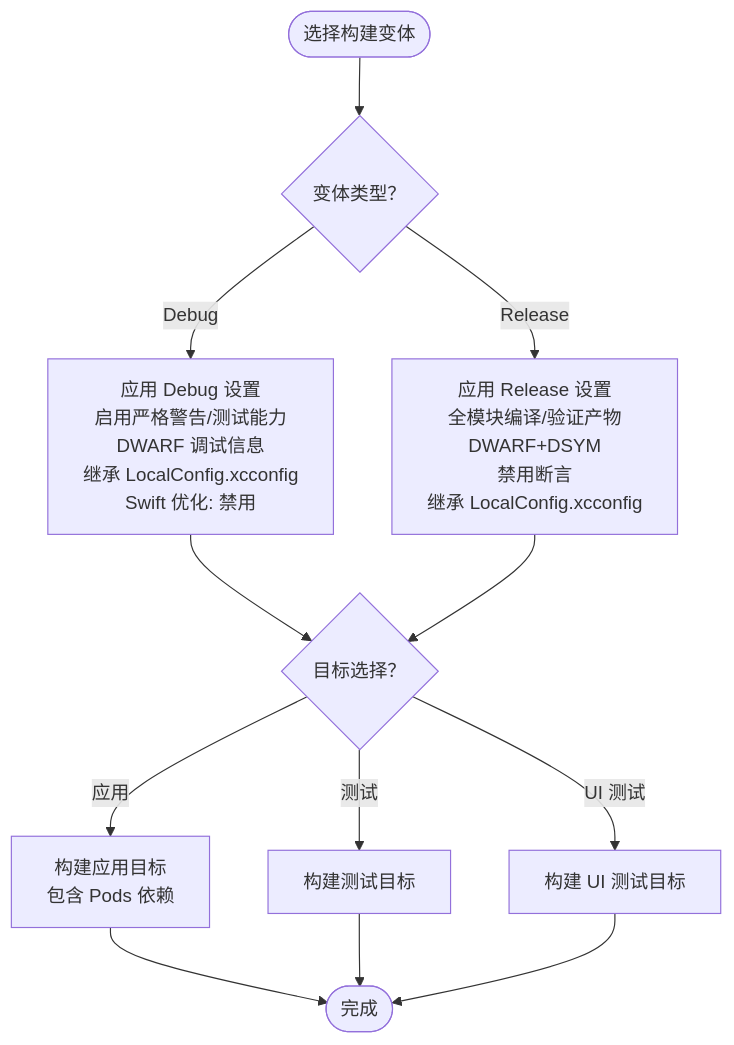
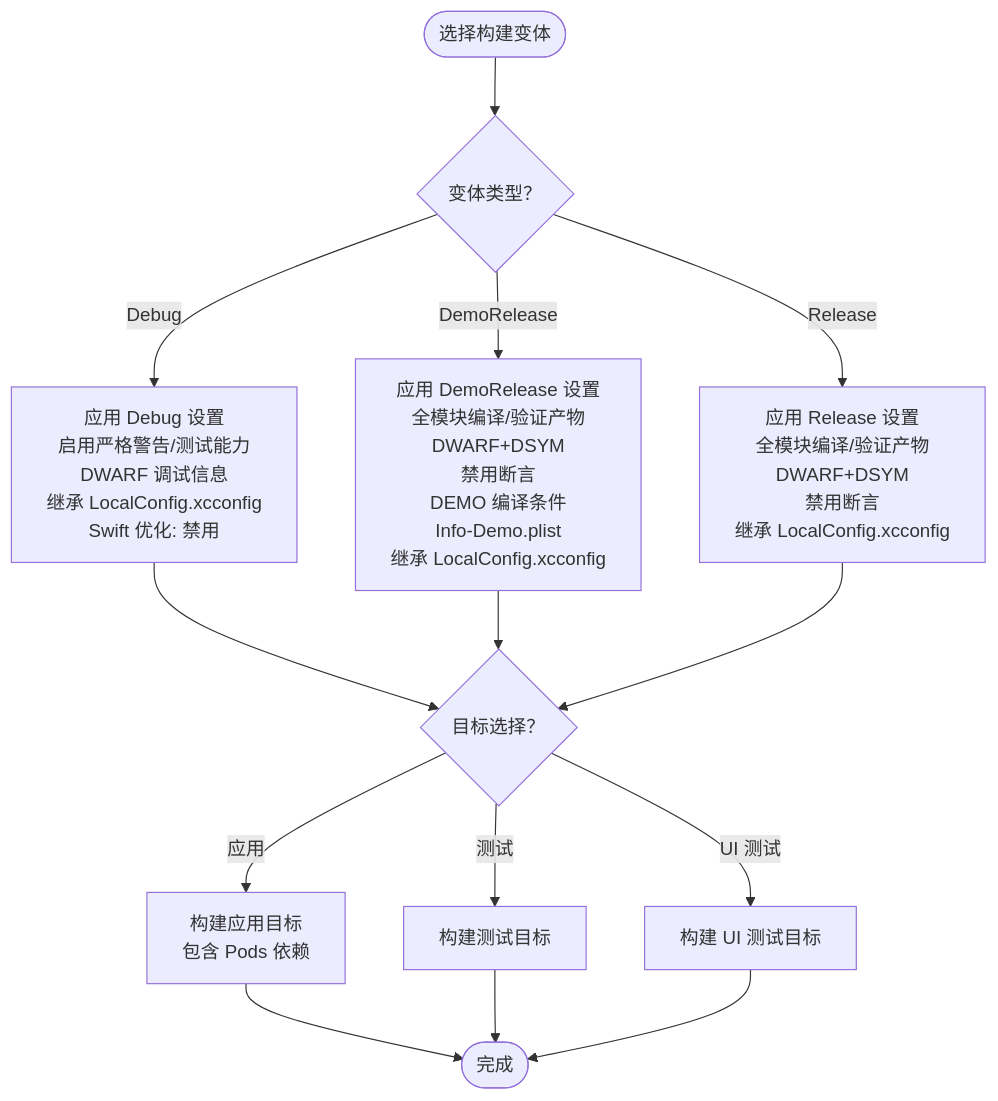
Before and after one commit to Jayden23018/blind-run-ios: the third of 5 diagrams in .qoder/repowiki/zh/content/配置与部署/构建配置.md, drawn with Mermaid. The commit also changed other lines of this file and 20 other files, not shown here.

````diff
--- a/.qoder/repowiki/zh/content/配置与部署/构建配置.md
+++ b/.qoder/repowiki/zh/content/配置与部署/构建配置.md
@@ -165,14 +179,16 @@
 ```mermaid
 flowchart TD
 Start(["选择构建变体"]) --> Choose{"变体类型？"}
 Choose --> |Debug| DebugCfg["应用 Debug 设置<br/>启用严格警告/测试能力<br/>DWARF 调试信息<br/>继承 LocalConfig.xcconfig<br/>Swift 优化: 禁用"]
+Choose --> |DemoRelease| DemoReleaseCfg["应用 DemoRelease 设置<br/>全模块编译/验证产物<br/>DWARF+DSYM<br/>禁用断言<br/>DEMO 编译条件<br/>Info-Demo.plist<br/>继承 LocalConfig.xcconfig"]
 Choose --> |Release| ReleaseCfg["应用 Release 设置<br/>全模块编译/验证产物<br/>DWARF+DSYM<br/>禁用断言<br/>继承 LocalConfig.xcconfig"]
 DebugCfg --> TargetSel{"目标选择？"}
+DemoReleaseCfg --> TargetSel
 ReleaseCfg --> TargetSel
 TargetSel --> |应用| AppBuild["构建应用目标<br/>包含 Pods 依赖"]
 TargetSel --> |测试| TestBuild["构建测试目标"]
 TargetSel --> |UI 测试| UITestBuild["构建 UI 测试目标"]
 AppBuild --> End(["完成"])
 TestBuild --> End
 UITestBuild --> End
 ```
````
